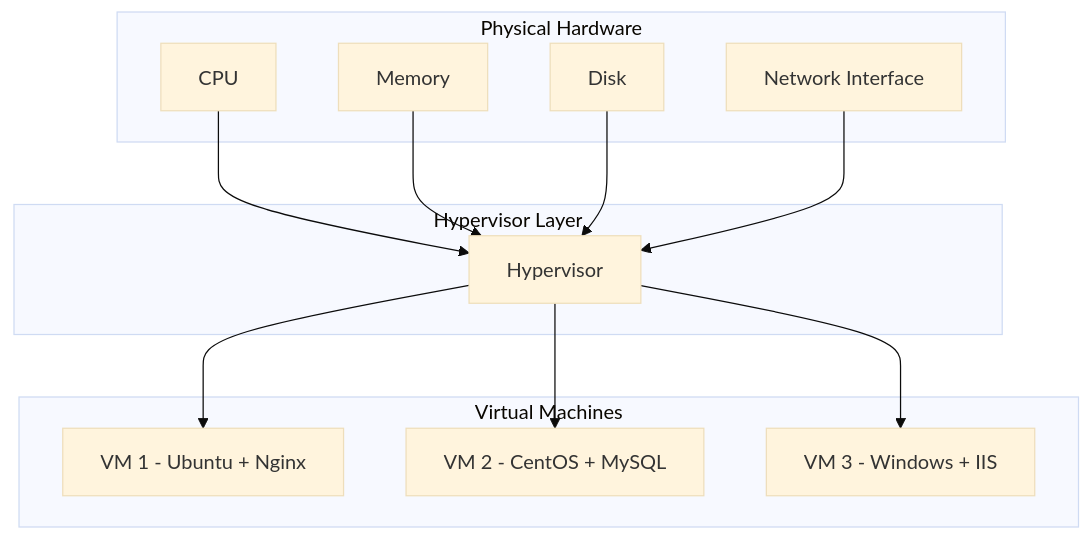
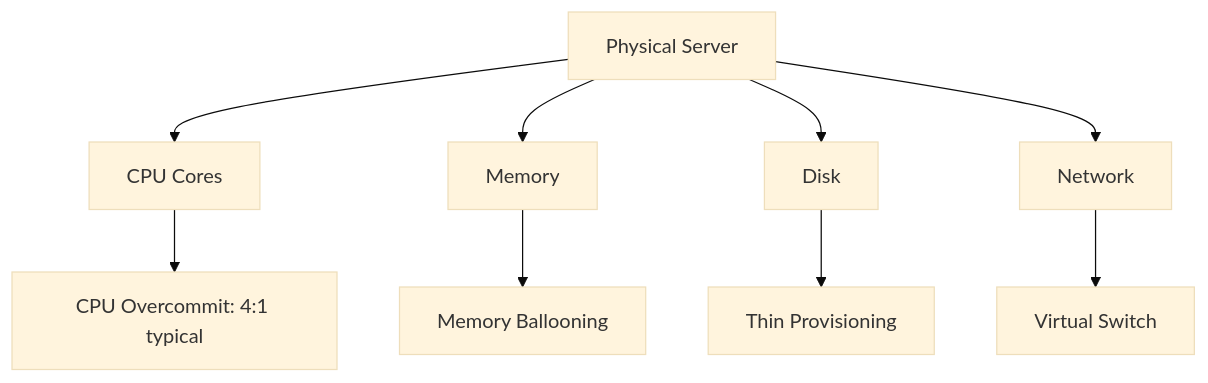
The fourth of 4 diagrams in src/cloud/virtualization/README.md (vanos001/placement_prep), drawn with Mermaid (base theme) before and after one commit. The commit also changed other lines of this file and 12 other files, not shown here.

Commit message:
Storage + Concurrency complete, SUMMARY.md updated with roadmap.sh topics

````diff
--- a/src/cloud/virtualization/README.md
+++ b/src/cloud/virtualization/README.md
@@ -57,27 +87,12 @@
 ```mermaid
-graph TB
-    subgraph "Physical Hardware"
-        CPU[CPU]
-        MEM[Memory]
-        DISK[Disk]
-        NIC[Network Interface]
-    end
+graph TD
+    PHYSICAL[Physical Server] --> CPU[CPU Cores]
+    PHYSICAL --> MEM[Memory]
+    PHYSICAL --> DISK[Disk]
+    PHYSICAL --> NET[Network]
 
-    subgraph "Hypervisor Layer"
-        HV[Hypervisor]
-    end
-
-    subgraph "Virtual Machines"
-        VM1[VM 1 - Ubuntu + Nginx]
-        VM2[VM 2 - CentOS + MySQL]
-        VM3[VM 3 - Windows + IIS]
-    end
-
-    CPU --> HV
-    MEM --> HV
-    DISK --> HV
-    NIC --> HV
-    HV --> VM1
-    HV --> VM2
-    HV --> VM3
+    CPU --> OVERCOMMIT[CPU Overcommit: 4:1 typical]
+    MEM --> BALLON[Memory Ballooning]
+    DISK --> THIN[Thin Provisioning]
+    NET --> VSWITCH[Virtual Switch]
 ```
````
